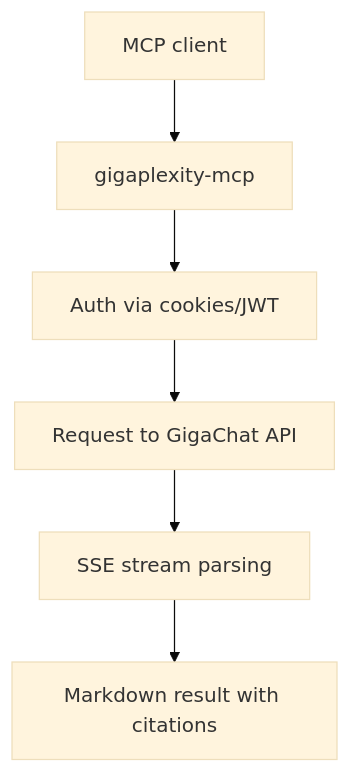
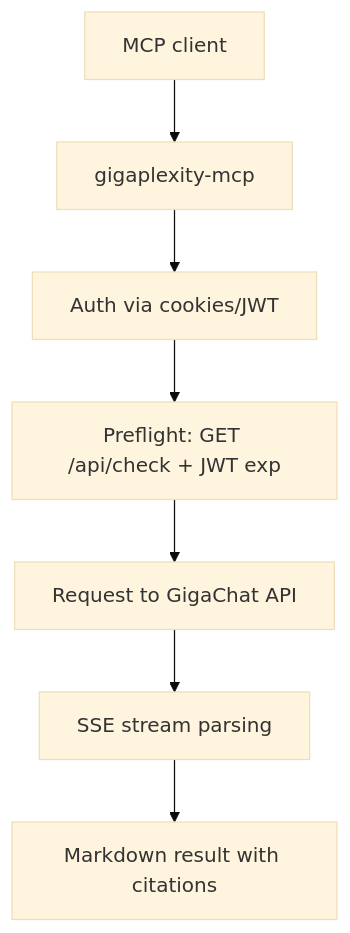
The diagram in README.md (alexsvdk/gigaplexity-mcp), drawn with Mermaid (base theme) before and after one commit. The commit also changed other lines of this file and 12 other files, not shown here.

First line of the commit message:
feat(auth): implement preflight check and local JWT validation

````diff
--- a/README.md
+++ b/README.md
@@ -155,8 +157,9 @@
 ```mermaid
 flowchart TD
     A[MCP client] --> B[gigaplexity-mcp]
     B --> C[Auth via cookies/JWT]
-    C --> D[Request to GigaChat API]
-    D --> E[SSE stream parsing]
-    E --> F[Markdown result with citations]
+    C --> D[Preflight: GET /api/check + JWT exp]
+    D --> E[Request to GigaChat API]
+    E --> F[SSE stream parsing]
+    F --> G[Markdown result with citations]
 ```
````
